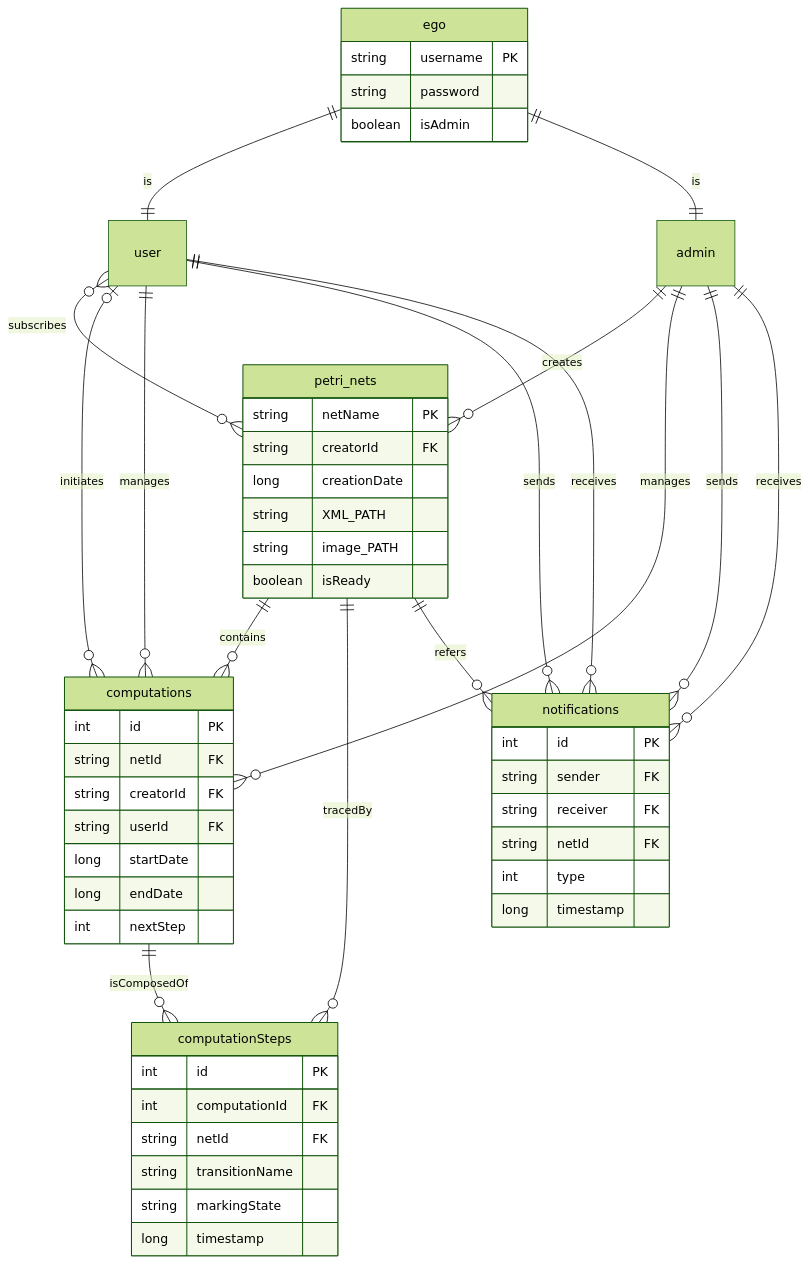
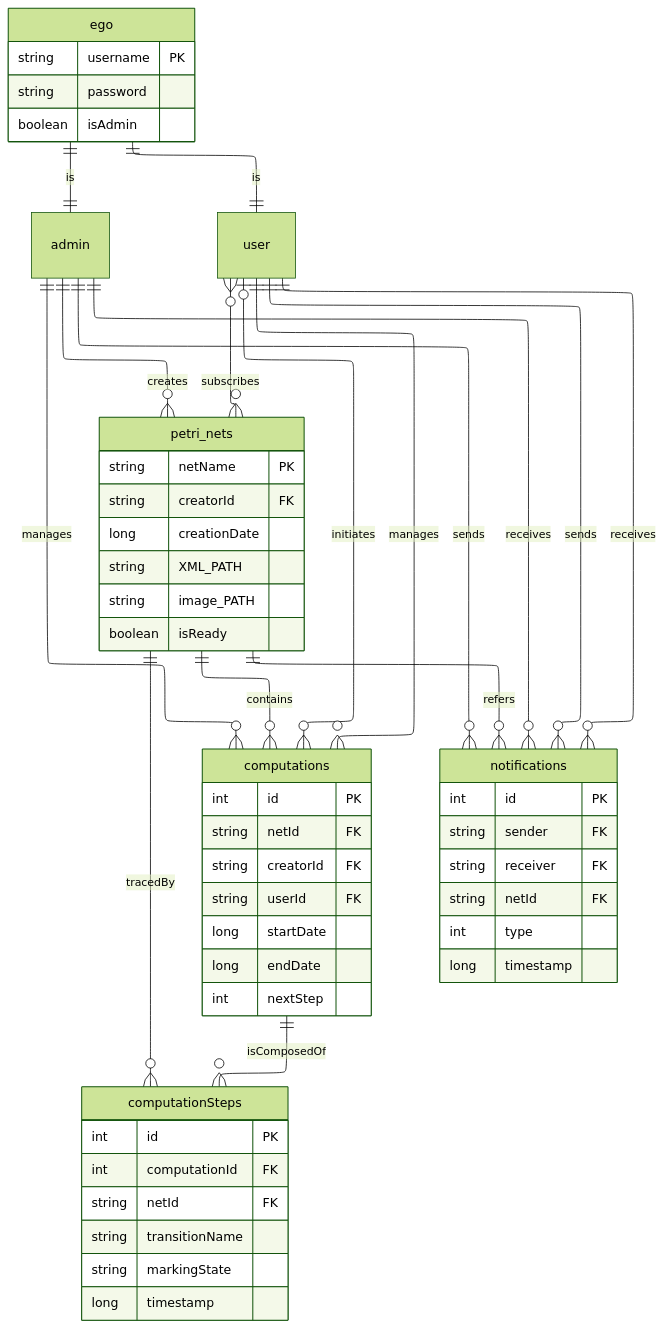
Before and after one commit to alessio-vivaldelli/PetriHub: the diagram in docs/DAO/ERdiagram.mmd, drawn with Mermaid (forest theme). The commit also changed 3 other files, not shown here.

Commit message:
minor changes on diagramm

```diff
--- a/docs/DAO/ERdiagram.mmd
+++ b/docs/DAO/ERdiagram.mmd
@@ -1,66 +1,70 @@
+---
+config:
+  layout: elk
+---
 erDiagram
 
     admin ||--o{ petri_nets : creates
     user }o--o{ petri_nets : subscribes
     user |o--o{ computations : initiates
     user ||--o{ computations : manages
     admin ||--o{ computations : manages
     user ||--o{ notifications : sends
     admin ||--o{ notifications : sends
     user ||--o{ notifications : receives
     admin ||--o{ notifications : receives
     petri_nets ||--o{ computations : contains
     petri_nets ||--o{ computationSteps : tracedBy
     petri_nets ||--o{ notifications : refers
     computations ||--o{ computationSteps : isComposedOf
     ego ||--|| user : is
     ego ||--|| admin : is
 
     ego{
         string username PK
         string password
         boolean isAdmin
     }
 
     user {
     }
 
     admin{
     }
 
     petri_nets {
         string netName PK
         string creatorId FK
         long creationDate
         string XML_PATH
         string image_PATH
         boolean isReady
     }
 
     computations {
         int id PK
         string netId FK
         string creatorId FK
         string userId FK
         long startDate
         long endDate
         int nextStep
     }
 
     computationSteps {
         int id PK
         int computationId FK
         string netId FK
         string transitionName
         string markingState
         long timestamp
     }
 
     notifications {
         int id PK
         string sender FK
         string receiver FK
         string netId FK
         int type
         long timestamp
     }
```
